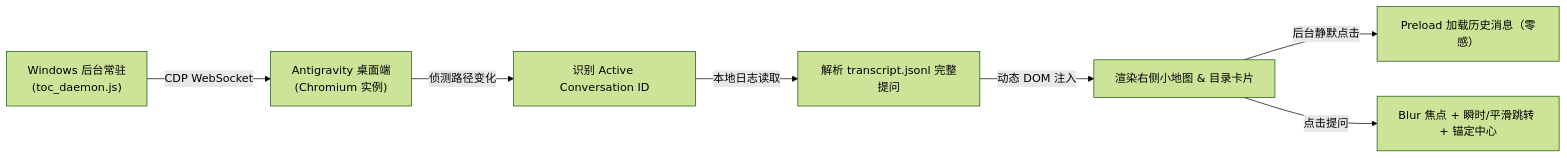
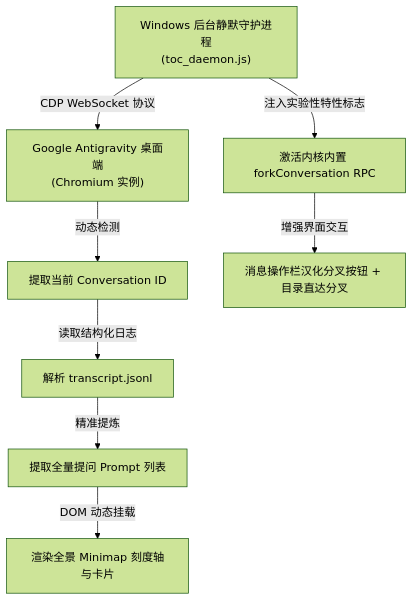
The diagram in README.md (zhengjiewen666/antigravity-minimap), drawn with Mermaid (forest theme) before and after one commit. The commit also changed other lines of this file and 4 other files, not shown here.

Commit message:
feat: integrate Gemini web-style conversation forking and seamless multi-conversation route switching

````diff
--- a/README.md
+++ b/README.md
@@ -97,9 +134,10 @@
 ```mermaid
-flowchart LR
-    A["Windows 后台常驻<br>(toc_daemon.js)"] -->|CDP WebSocket| B["Antigravity 桌面端<br>(Chromium 实例)"]
-    B -->|侦测路径变化| C["识别 Active Conversation ID"]
-    C -->|本地日志读取| D["解析 transcript.jsonl 完整提问"]
-    D -->|动态 DOM 注入| E["渲染右侧小地图 & 目录卡片"]
-    E -->|后台静默点击| F["Preload 加载历史消息（零感）"]
-    E -->|点击提问| G["Blur 焦点 + 瞬时/平滑跳转 + 锚定中心"]
+flowchart TD
+    A["Windows 后台静默守护进程<br>(toc_daemon.js)"] -->|CDP WebSocket 协议| B["Google Antigravity 桌面端<br>(Chromium 实例)"]
+    B -->|动态检测| C["提取当前 Conversation ID"]
+    C -->|读取结构化日志| D["解析 transcript.jsonl"]
+    D -->|精准提炼| E["提取全量提问 Prompt 列表"]
+    E -->|DOM 动态挂载| F["渲染全景 Minimap 刻度轴与卡片"]
+    A -->|注入实验性特性标志| G["激活内核内置 forkConversation RPC"]
+    G -->|增强界面交互| H["消息操作栏汉化分叉按钮 + 目录直达分叉"]
 ```
````
